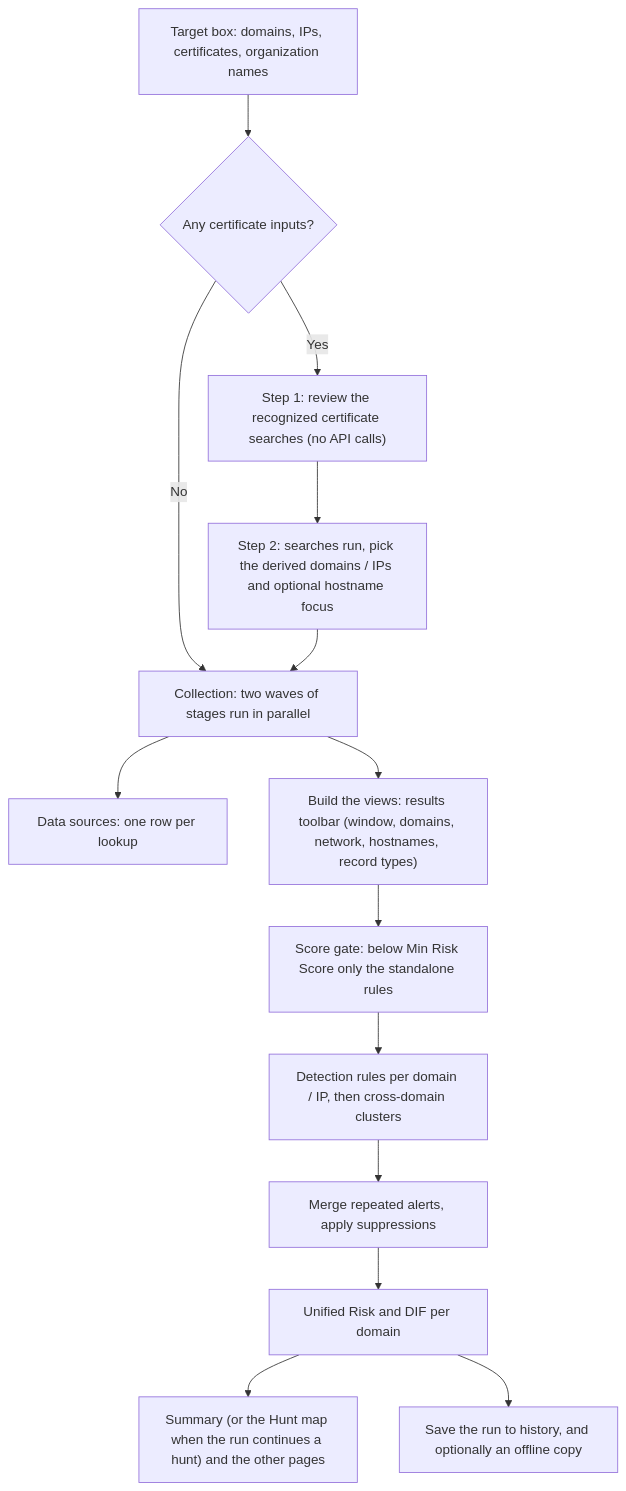
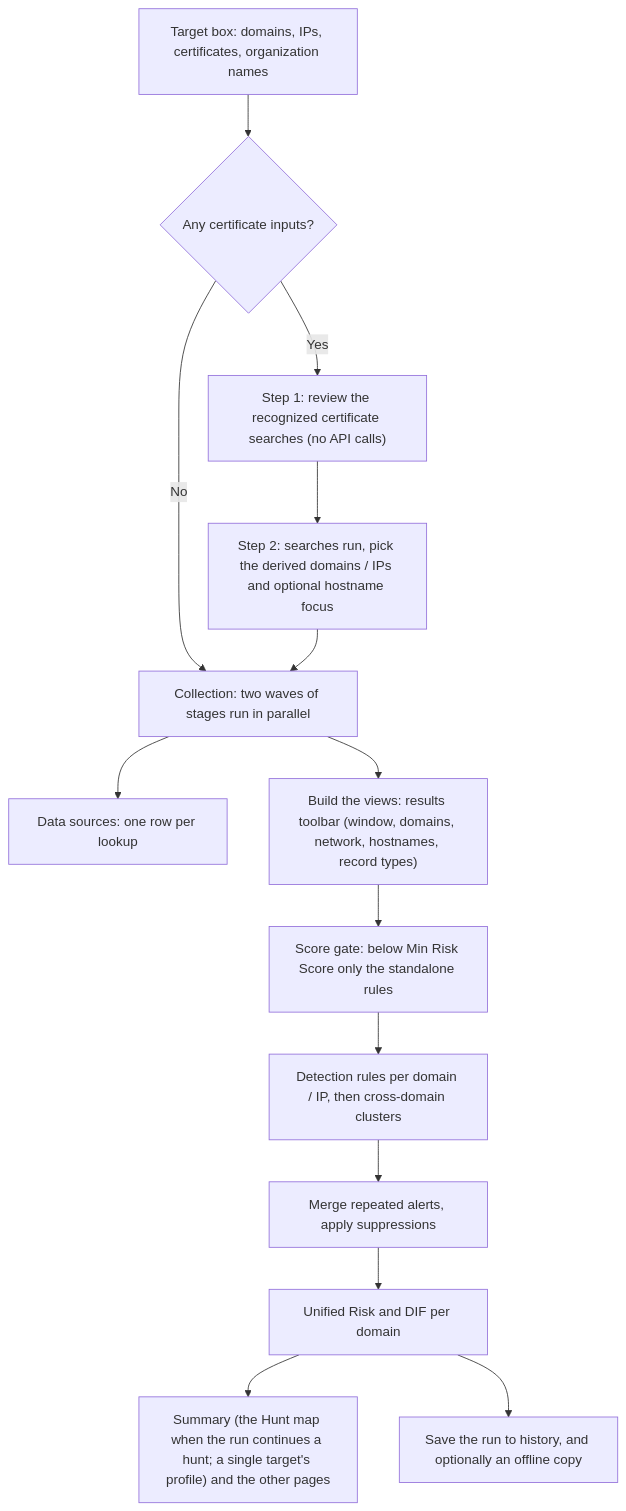
One commit to mmesojedec/DomainTools_Analysis_Detection changed the first of 11 diagrams in docs/WORKFLOWS.md. Above: the diagram before and after it, drawn with Mermaid. The commit also changed other lines of this file and 51 other files, not shown here.

````diff
--- a/docs/WORKFLOWS.md
+++ b/docs/WORKFLOWS.md
@@ -29,16 +29,16 @@
 ```mermaid
 flowchart TD
     A["Target box: domains, IPs, certificates, organization names"] --> B{"Any certificate inputs?"}
     B -- "No" --> E
     B -- "Yes" --> C["Step 1: review the recognized certificate searches (no API calls)"]
     C --> D["Step 2: searches run, pick the derived domains / IPs and optional hostname focus"]
     D --> E["Collection: two waves of stages run in parallel"]
     E --> F["Data sources: one row per lookup"]
     E --> G["Build the views: results toolbar (window, domains, network, hostnames, record types)"]
     G --> H["Score gate: below Min Risk Score only the standalone rules"]
     H --> I["Detection rules per domain / IP, then cross-domain clusters"]
     I --> J["Merge repeated alerts, apply suppressions"]
     J --> K["Unified Risk and DIF per domain"]
-    K --> L["Summary (or the Hunt map when the run continues a hunt) and the other pages"]
+    K --> L["Summary (the Hunt map when the run continues a hunt; a single target's profile) and the other pages"]
     K --> M["Save the run to history, and optionally an offline copy"]
 ```
````
